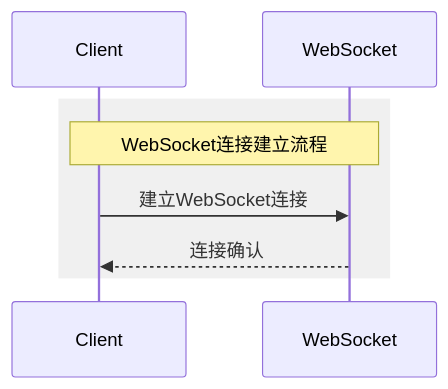
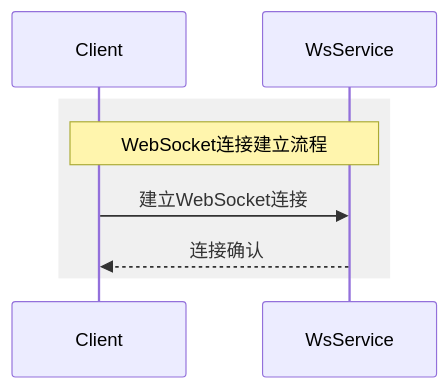
Before and after one commit to hanhzf/aiops: the first of 5 diagrams in ai-coding/output/应用软件交互时序图.md, drawn with Mermaid. The commit also changed other lines of this file and 1 other file, not shown here.

````diff
--- a/ai-coding/output/应用软件交互时序图.md
+++ b/ai-coding/output/应用软件交互时序图.md
@@ -8,11 +8,11 @@
 ```mermaid
 sequenceDiagram
     participant Client
-    participant WebSocket
+    participant WsService
 
     rect rgb(240, 240, 240)
-        Note over Client,WebSocket: WebSocket连接建立流程
-        Client->>WebSocket: 建立WebSocket连接
-        WebSocket-->>Client: 连接确认
+        Note over Client,WsService: WebSocket连接建立流程
+        Client->>WsService: 建立WebSocket连接
+        WsService-->>Client: 连接确认
     end
 ```
````
